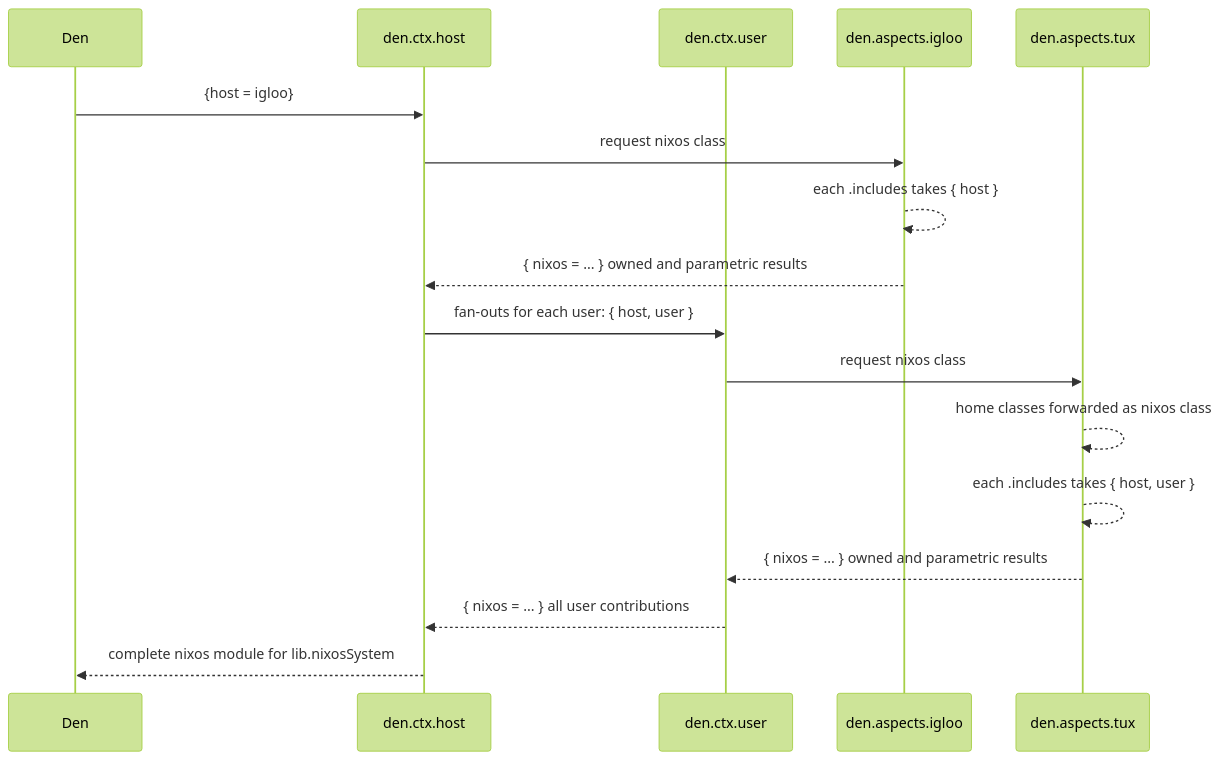
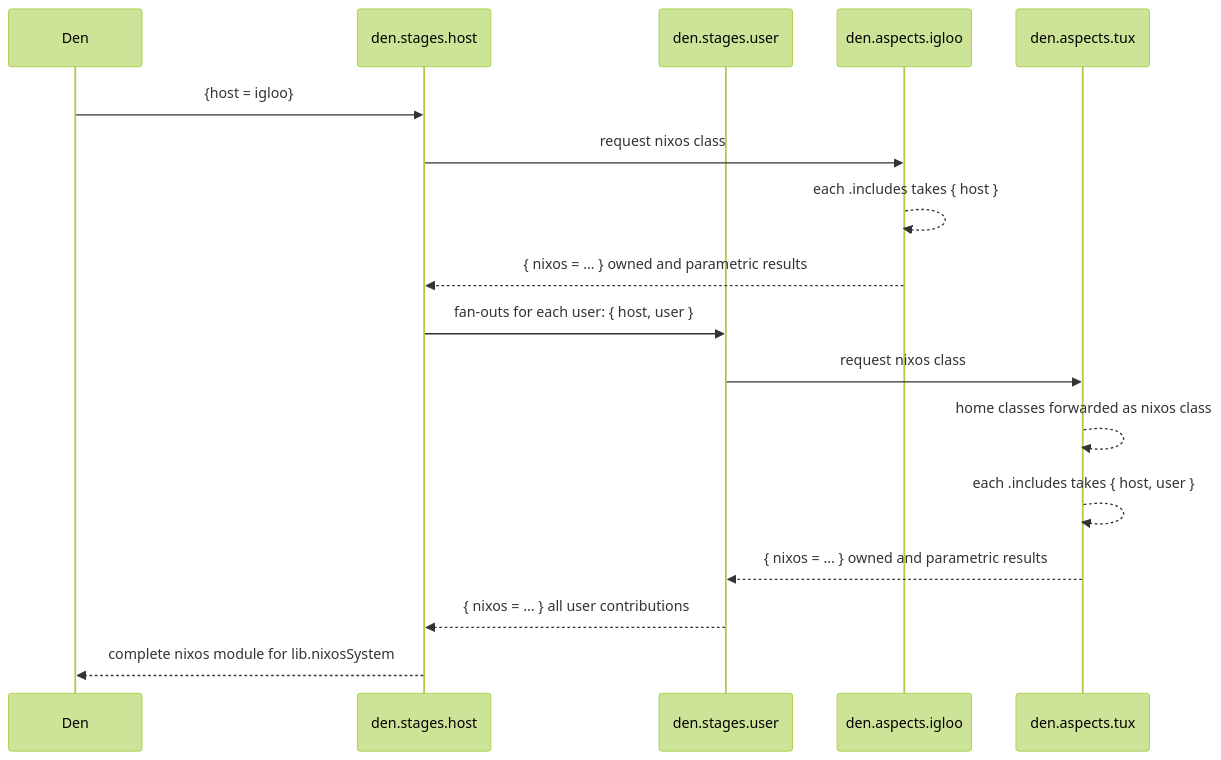
One commit to sini/den changed the first of 2 diagrams in docs/src/content/docs/guides/mutual.mdx. Above: the diagram before and after it, drawn with Mermaid (forest theme). The commit also changed other lines of this file and 28 other files, not shown here.

````diff
--- a/docs/src/content/docs/guides/mutual.mdx
+++ b/docs/src/content/docs/guides/mutual.mdx
@@ -35,26 +35,26 @@
 ```mermaid
 sequenceDiagram
    participant Den
-   participant host as den.ctx.host
-   participant user as den.ctx.user
+   participant host as den.stages.host
+   participant user as den.stages.user
    participant igloo as den.aspects.igloo
    participant tux as den.aspects.tux
 
    Den  ->>  host  :  {host = igloo}
 
    host ->> igloo : request nixos class
    igloo -->> igloo : each .includes takes { host }
    igloo -->> host : { nixos = ... } owned and parametric results
 
    host ->> user : fan-outs for each user: { host, user }
 
    user ->> tux : request nixos class
    tux -->> tux : home classes forwarded as nixos class
    tux -->> tux : each .includes takes { host, user }
    tux -->> user : { nixos = ... } owned and parametric results
 
    user -->> host : { nixos = ... } all user contributions
 
    host -->> Den : complete nixos module for lib.nixosSystem
 
 ```
````
